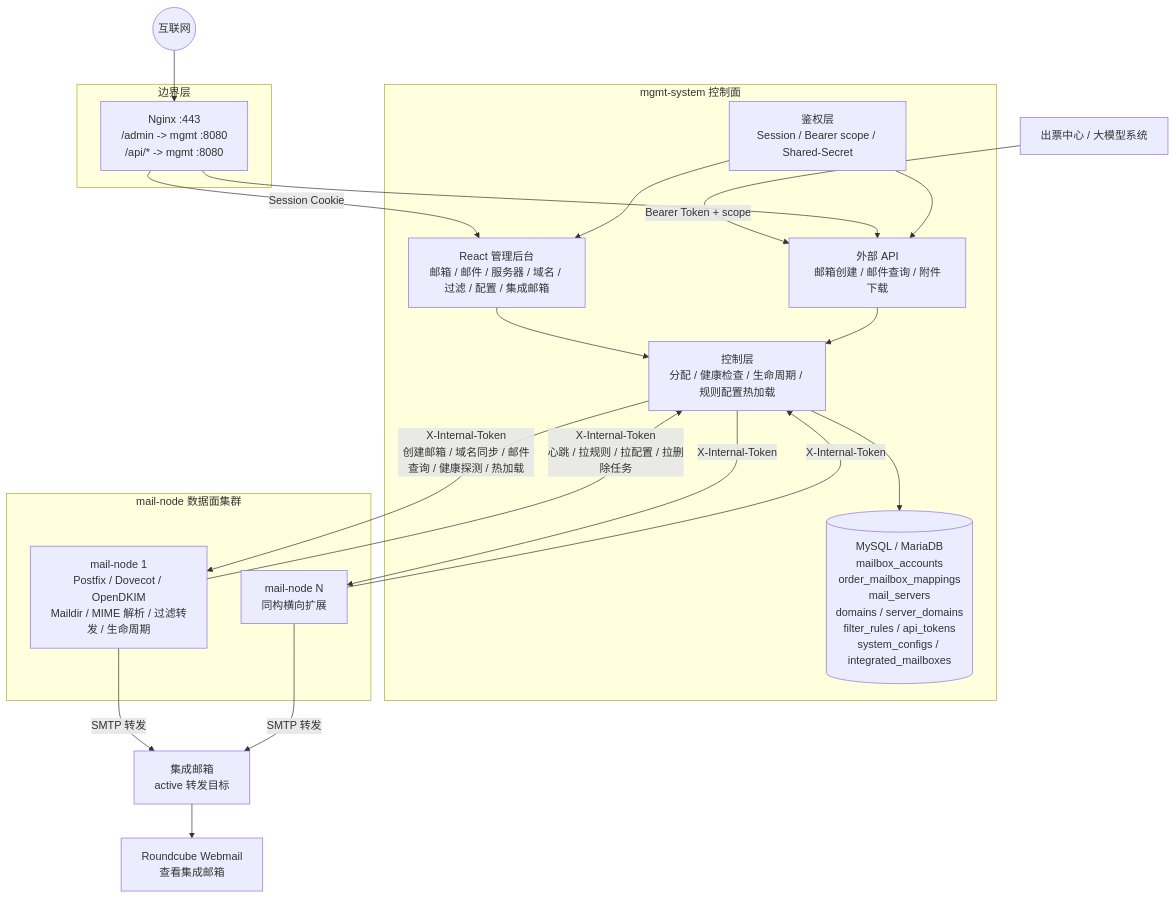
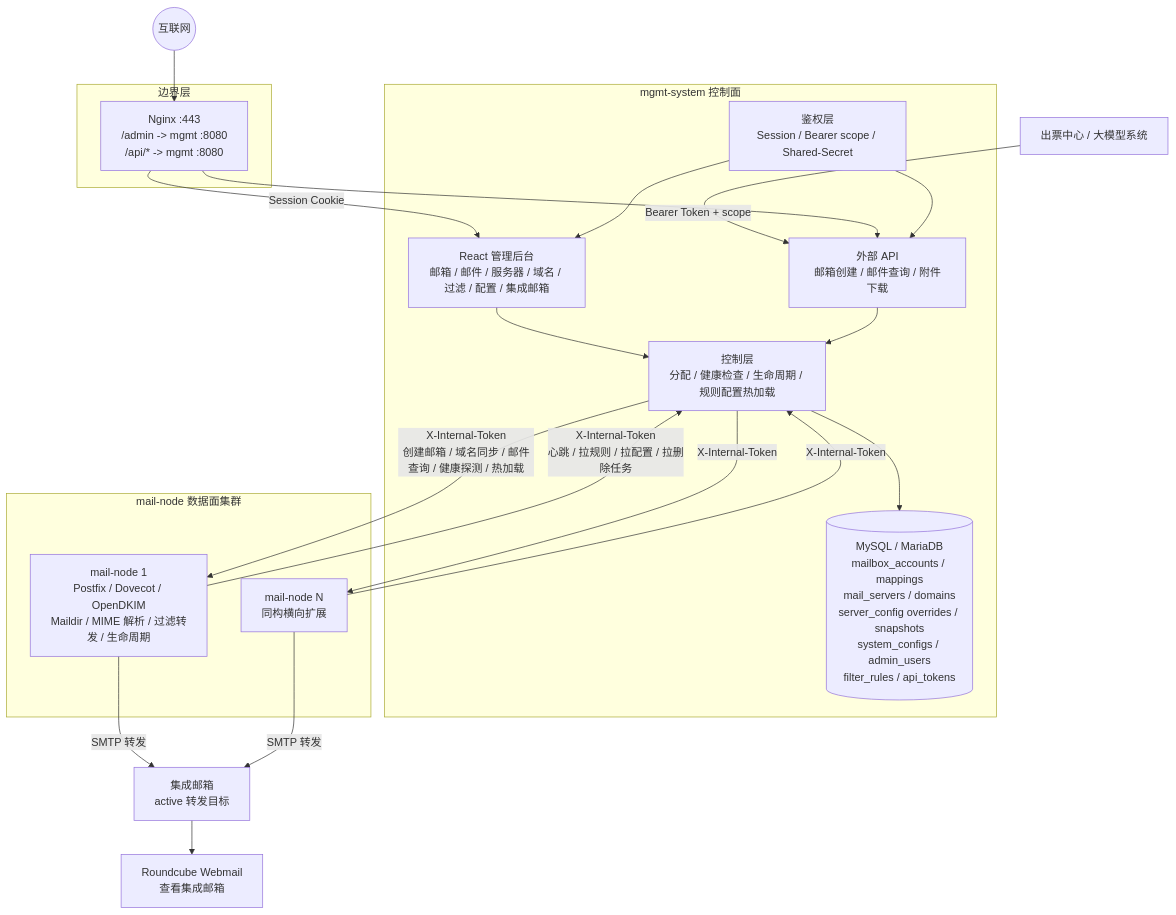
One commit to snowflake-yezi/MailHub changed the first of 3 diagrams in docs/architecture-overview.md. Above: the diagram before and after it, drawn with Mermaid. The commit also changed other lines of this file and 4 other files, not shown here.

````diff
--- a/docs/architecture-overview.md
+++ b/docs/architecture-overview.md
@@ -9,45 +9,45 @@
 ```mermaid
 flowchart TB
     internet((互联网))
 
     subgraph edge["边界层"]
         nginx["Nginx :443<br/>/admin -> mgmt :8080<br/>/api/* -> mgmt :8080"]
     end
 
     subgraph mgmt["mgmt-system 控制面"]
         auth["鉴权层<br/>Session / Bearer scope / Shared-Secret"]
         web["React 管理后台<br/>邮箱 / 邮件 / 服务器 / 域名 / 过滤 / 配置 / 集成邮箱"]
         api["外部 API<br/>邮箱创建 / 邮件查询 / 附件下载"]
         control["控制层<br/>分配 / 健康检查 / 生命周期 / 规则配置热加载"]
-        db[("MySQL / MariaDB<br/>mailbox_accounts<br/>order_mailbox_mappings<br/>mail_servers<br/>domains / server_domains<br/>filter_rules / api_tokens<br/>system_configs / integrated_mailboxes")]
+        db[("MySQL / MariaDB<br/>mailbox_accounts / mappings<br/>mail_servers / domains<br/>server_config overrides / snapshots<br/>system_configs / admin_users<br/>filter_rules / api_tokens")]
     end
 
     subgraph nodes["mail-node 数据面集群"]
         node1["mail-node 1<br/>Postfix / Dovecot / OpenDKIM<br/>Maildir / MIME 解析 / 过滤转发 / 生命周期"]
         nodeN["mail-node N<br/>同构横向扩展"]
     end
 
     caller["出票中心 / 大模型系统"]
     union["集成邮箱<br/>active 转发目标"]
     roundcube["Roundcube Webmail<br/>查看集成邮箱"]
 
     internet --> nginx
     caller -->|"Bearer Token + scope"| api
     nginx -->|"Session Cookie"| web
     nginx --> api
 
     auth --> web
     auth --> api
     web --> control
     api --> control
     control --> db
 
     control -->|"X-Internal-Token<br/>创建邮箱 / 域名同步 / 邮件查询 / 健康探测 / 热加载"| node1
     control -->|"X-Internal-Token"| nodeN
     node1 -->|"X-Internal-Token<br/>心跳 / 拉规则 / 拉配置 / 拉删除任务"| control
     nodeN -->|"X-Internal-Token"| control
 
     node1 -->|"SMTP 转发"| union
     nodeN -->|"SMTP 转发"| union
     union --> roundcube
 ```
````
